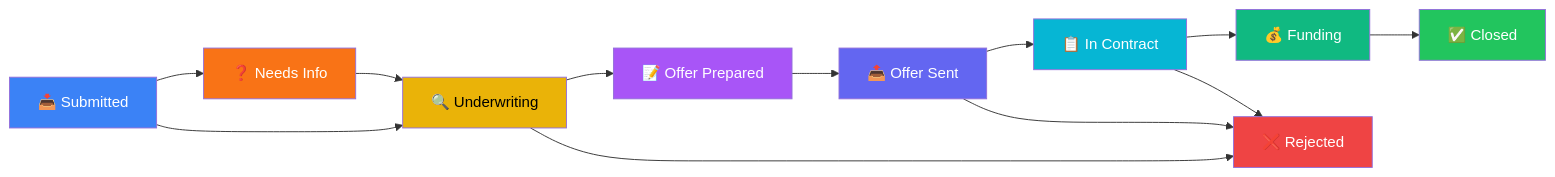
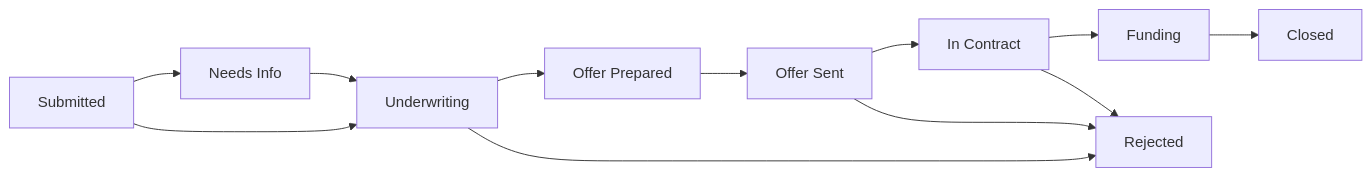
One commit to jngonzales/architecture changed the fourth of 7 diagrams in README.md. Above: the diagram before and after it, drawn with Mermaid. The commit also changed other lines of this file, not shown here.

````diff
--- a/README.md
+++ b/README.md
@@ -134,34 +134,24 @@
 ```mermaid
 flowchart LR
-    S1["📥 Submitted"]
-    S2["❓ Needs Info"]
-    S3["🔍 Underwriting"]
-    S4["📝 Offer Prepared"]
-    S5["📤 Offer Sent"]
-    S6["📋 In Contract"]
-    S7["💰 Funding"]
-    S8["✅ Closed"]
-    S9["❌ Rejected"]
+    S1["Submitted"]
+    S2["Needs Info"]
+    S3["Underwriting"]
+    S4["Offer Prepared"]
+    S5["Offer Sent"]
+    S6["In Contract"]
+    S7["Funding"]
+    S8["Closed"]
+    S9["Rejected"]
 
     S1 --> S2
     S1 --> S3
     S2 --> S3
     S3 --> S4
     S3 --> S9
     S4 --> S5
     S5 --> S6
     S5 --> S9
     S6 --> S7
     S6 --> S9
     S7 --> S8
-
-    style S1 fill:#3b82f6,color:#fff
-    style S2 fill:#f97316,color:#fff
-    style S3 fill:#eab308,color:#000
-    style S4 fill:#a855f7,color:#fff
-    style S5 fill:#6366f1,color:#fff
-    style S6 fill:#06b6d4,color:#fff
-    style S7 fill:#10b981,color:#fff
-    style S8 fill:#22c55e,color:#fff
-    style S9 fill:#ef4444,color:#fff
 ```
````
